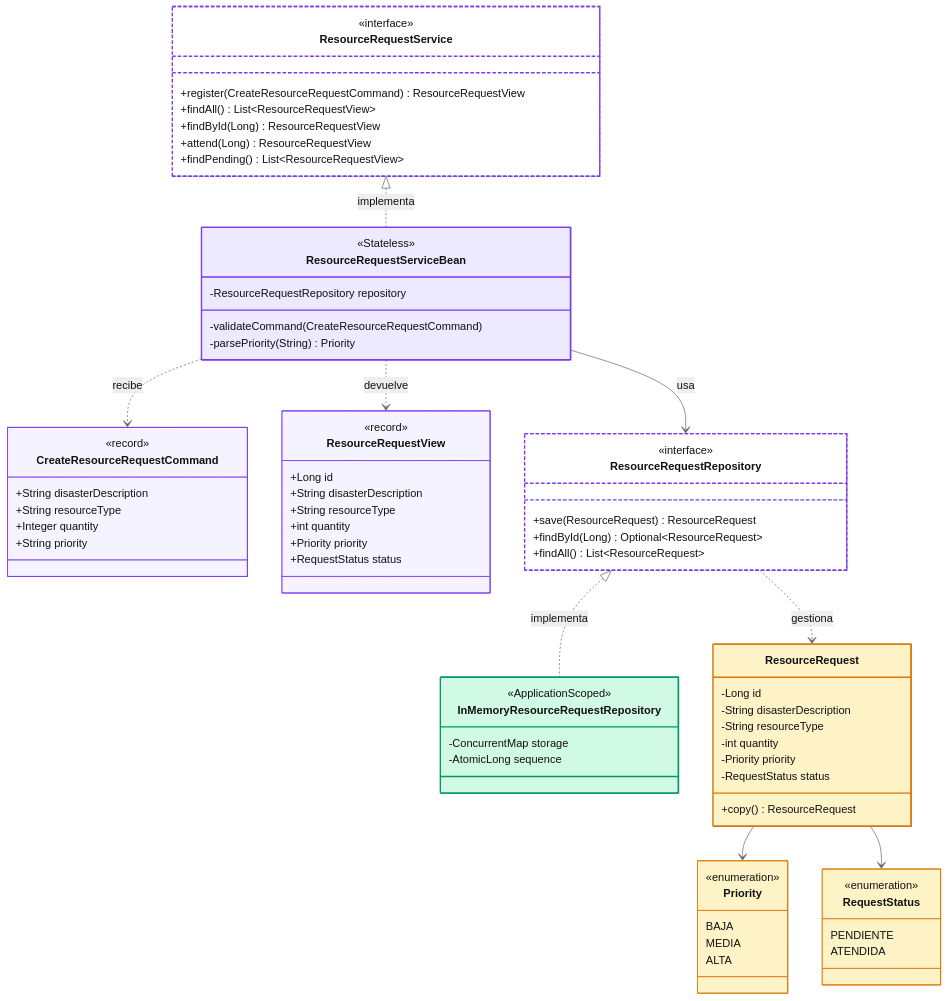
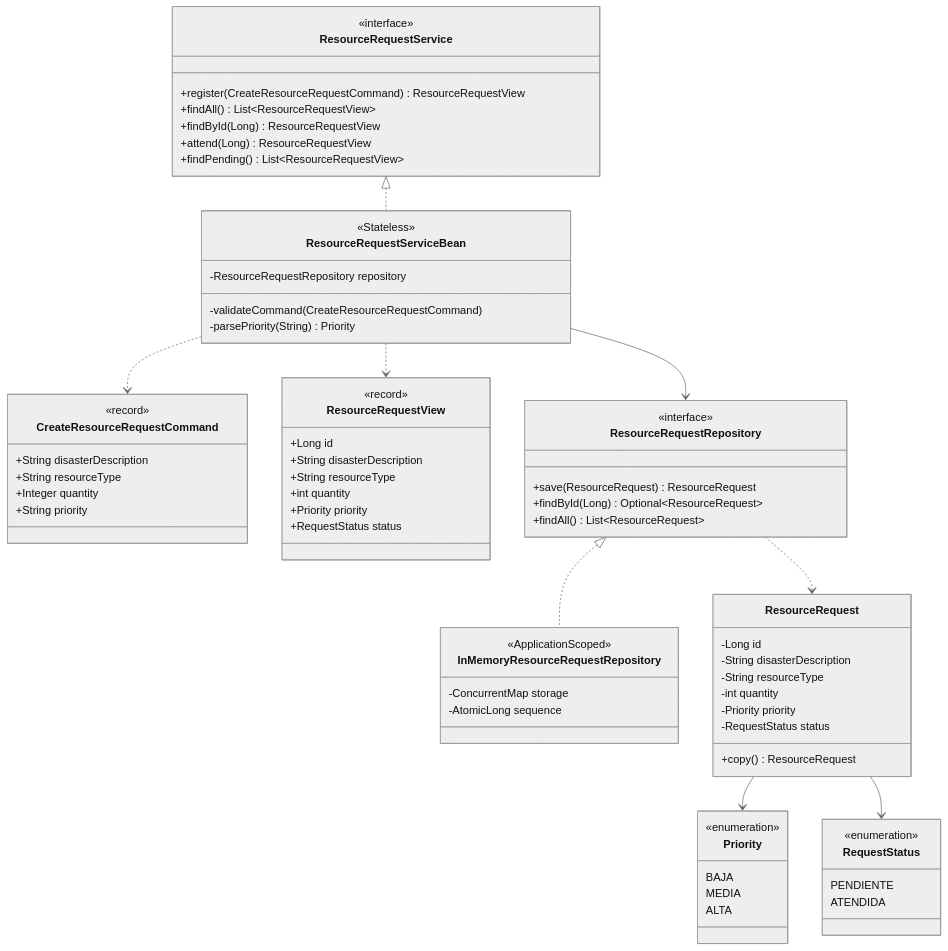
The second of 9 diagrams in docs/arquitectura.md (andreMD287/JEE-Negocio), drawn with Mermaid (neutral theme) before and after one commit. The commit also changed other lines of this file and 2 other files, not shown here.

Commit message:
Documentación: diagramas en blanco y negro y evidencias resumidas

````diff
--- a/docs/arquitectura.md
+++ b/docs/arquitectura.md
@@ -131,7 +117,6 @@
 ```mermaid
 classDiagram
     direction TB
-
     class ResourceRequestService {
         <<interface>>
         +register(CreateResourceRequestCommand) ResourceRequestView
@@ -193,23 +178,12 @@
         PENDIENTE
         ATENDIDA
     }
-
-    ResourceRequestService <|.. ResourceRequestServiceBean : implementa
-    ResourceRequestServiceBean ..> CreateResourceRequestCommand : recibe
-    ResourceRequestServiceBean ..> ResourceRequestView : devuelve
-    ResourceRequestServiceBean --> ResourceRequestRepository : usa
-    ResourceRequestRepository <|.. InMemoryResourceRequestRepository : implementa
-    ResourceRequestRepository ..> ResourceRequest : gestiona
+    ResourceRequestService <|.. ResourceRequestServiceBean
+    ResourceRequestServiceBean ..> CreateResourceRequestCommand
+    ResourceRequestServiceBean ..> ResourceRequestView
+    ResourceRequestServiceBean --> ResourceRequestRepository
+    ResourceRequestRepository <|.. InMemoryResourceRequestRepository
+    ResourceRequestRepository ..> ResourceRequest
     ResourceRequest --> Priority
     ResourceRequest --> RequestStatus
-
-    style ResourceRequestService fill:#FFFFFF,stroke:#7C3AED,stroke-width:2px,stroke-dasharray:5 3
-    style ResourceRequestServiceBean fill:#EDE9FE,stroke:#7C3AED,stroke-width:2px
-    style CreateResourceRequestCommand fill:#F5F3FF,stroke:#7C3AED
-    style ResourceRequestView fill:#F5F3FF,stroke:#7C3AED
-    style ResourceRequestRepository fill:#FFFFFF,stroke:#7C3AED,stroke-width:2px,stroke-dasharray:5 3
-    style InMemoryResourceRequestRepository fill:#D1FAE5,stroke:#059669,stroke-width:2px
-    style ResourceRequest fill:#FEF3C7,stroke:#D97706,stroke-width:2px
-    style Priority fill:#FEF3C7,stroke:#D97706
-    style RequestStatus fill:#FEF3C7,stroke:#D97706
 ```
````
